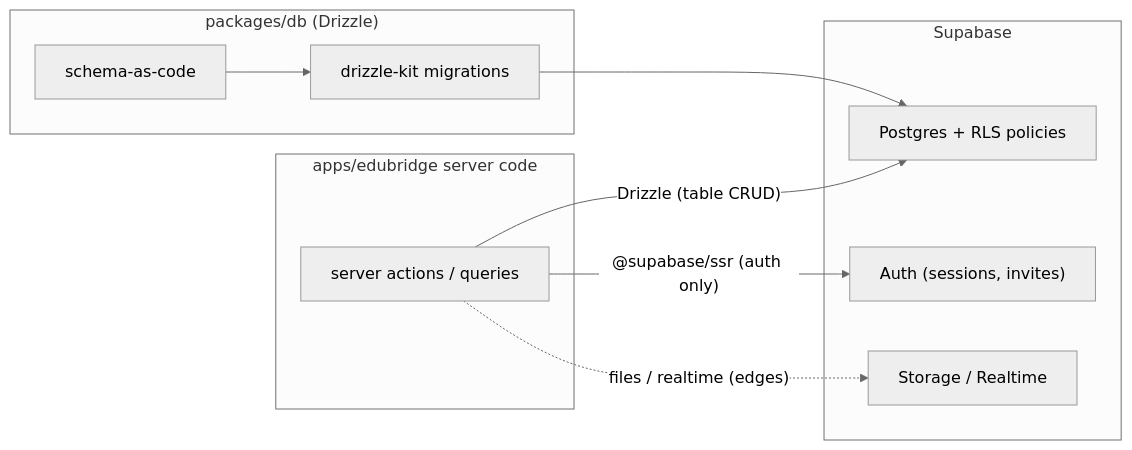
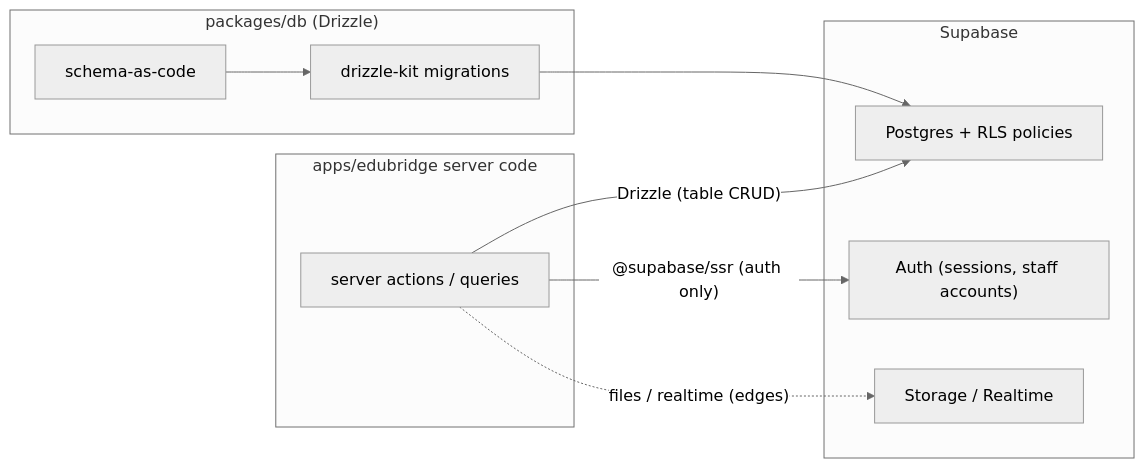
One commit to khedhar108/EduBridgeAI changed the first of 2 diagrams in docs/architecture/data-access.md. Above: the diagram before and after it, drawn with Mermaid (neutral theme). The commit also changed other lines of this file and 187 other files, not shown here.

````diff
--- a/docs/architecture/data-access.md
+++ b/docs/architecture/data-access.md
@@ -40,19 +40,19 @@
 ```mermaid
 flowchart LR
     subgraph AppCode["apps/edubridge server code"]
         actions["server actions / queries"]
     end
     subgraph PackagesDB["packages/db (Drizzle)"]
         schema["schema-as-code"]
         migrations["drizzle-kit migrations"]
     end
     subgraph Supabase["Supabase"]
-        auth["Auth (sessions, invites)"]
+        auth["Auth (sessions, staff accounts)"]
         pg["Postgres + RLS policies"]
         storage["Storage / Realtime"]
     end
     actions -->|"Drizzle (table CRUD)"| pg
     actions -->|"@supabase/ssr (auth only)"| auth
     actions -.->|"files / realtime (edges)"| storage
     schema --> migrations --> pg
 ```
````
